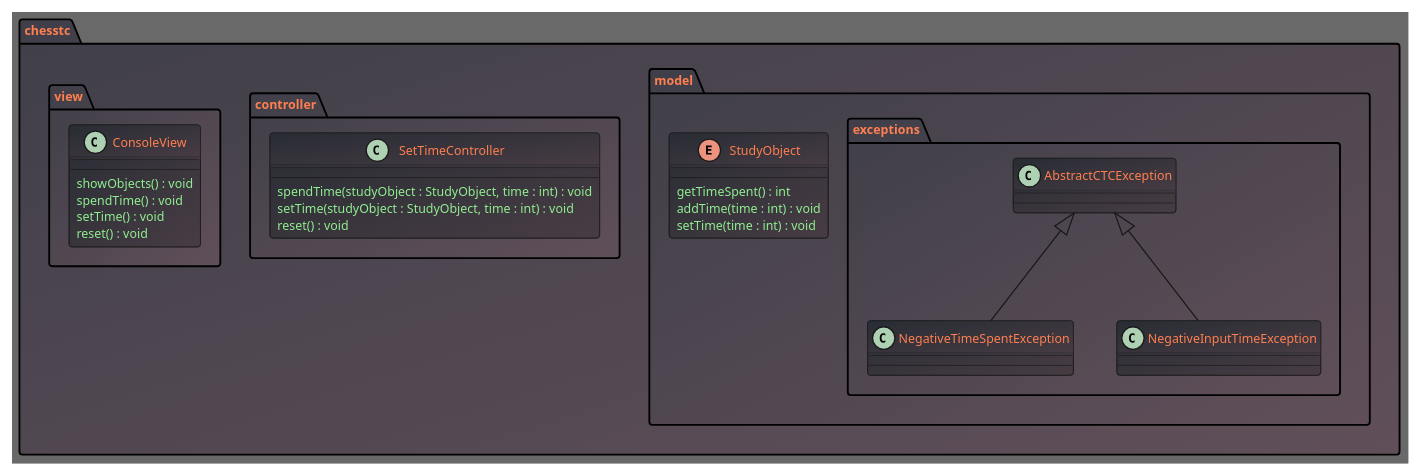
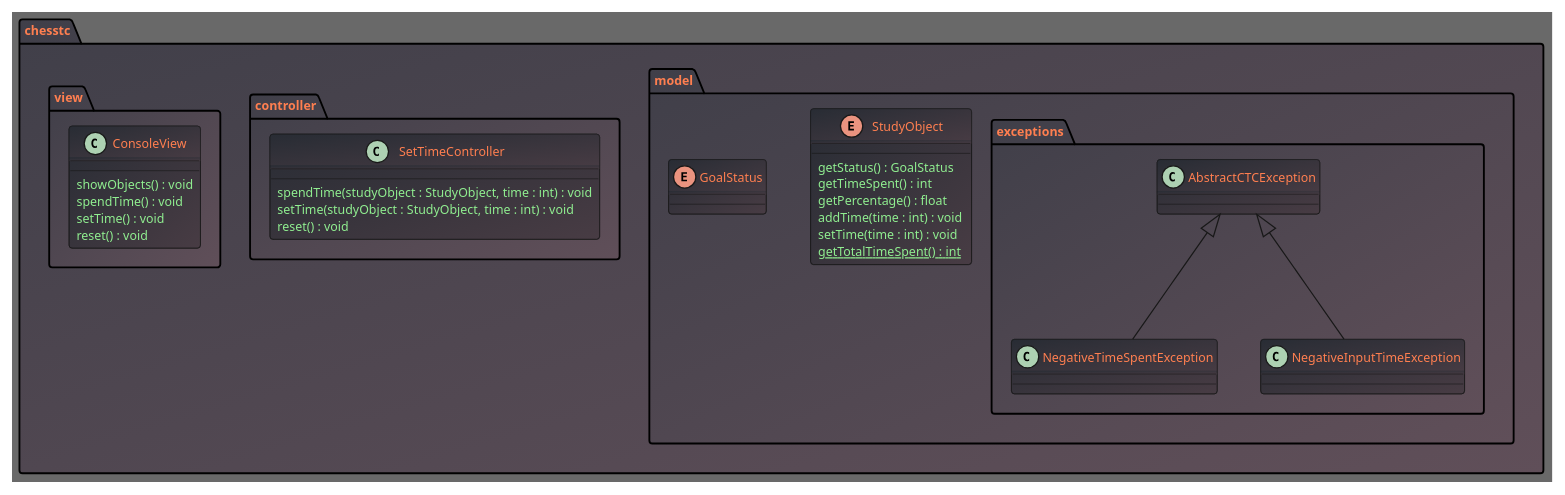
One commit to Sttanyanz/chess-training-control changed the diagram in ctc.puml. Above: the diagram before and after it, drawn with PlantUML.

Commit message:
docs: add features

```diff
--- a/ctc.puml
+++ b/ctc.puml
@@ -1,53 +1,59 @@
 @startuml
 skinparam defaultFontSize 10
 skinparam BackgroundColor DimGray
 skinparam ClassAttributeFontColor LightGreen
 skinparam PackageFontColor coral
 skinparam ClassFontColor coral
 skinparam package {
 BackgroundColor #403F49/#604F59
 }
 skinparam class {
 BackgroundColor #282C34/#483C44
 }
 skinparam groupInheritance 3
 
 package chesstc {
     package model {
         package exceptions {
             class AbstractCTCException
             class NegativeTimeSpentException
             class NegativeInputTimeException
 
             AbstractCTCException <|-- NegativeInputTimeException
             AbstractCTCException <|-- NegativeTimeSpentException
         }
 
         enum StudyObject {
+            getStatus() : GoalStatus
             getTimeSpent() : int
+            getPercentage() : float
             addTime(time : int) : void
             setTime(time : int) : void
+            <u>getTotalTimeSpent() : int </u>
+        }
+
+        enum GoalStatus {
         }
 
 
     }
 
     package controller {
         class SetTimeController {
             spendTime(studyObject : StudyObject, time : int) : void
             setTime(studyObject : StudyObject, time : int) : void
             reset() : void
         }
     }
 
     package view {
         class ConsoleView {
             showObjects() : void
             spendTime() : void
             setTime() : void
             reset() : void
         }
     }
 }
 
 @enduml
```
